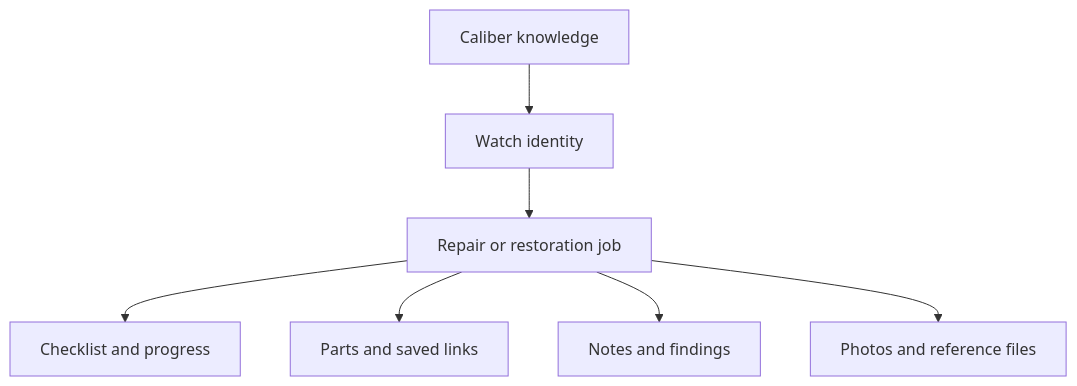
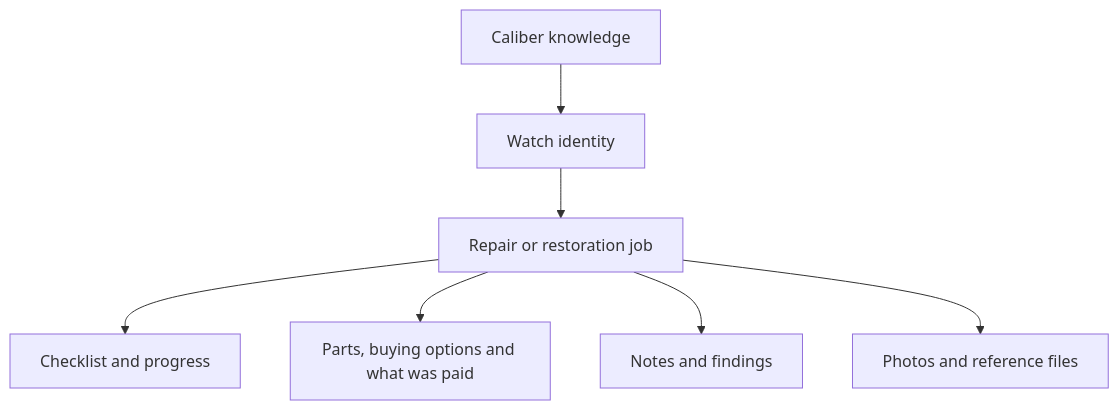
One commit to jorgerodrigues/ure changed the first of 2 diagrams in docs/planning/specification.md. Above: the diagram before and after it, drawn with Mermaid. The commit also changed other lines of this file and 57 other files, not shown here.

First line of the commit message:
W041 Compare buying options and record what you paid (#80)

````diff
--- a/docs/planning/specification.md
+++ b/docs/planning/specification.md
@@ -56,9 +56,9 @@
 ```mermaid
 flowchart TD
   C[Caliber knowledge] --> W[Watch identity]
   W --> J[Repair or restoration job]
   J --> T[Checklist and progress]
-  J --> P[Parts and saved links]
+  J --> P[Parts, buying options and what was paid]
   J --> N[Notes and findings]
   J --> A[Photos and reference files]
 ```
````
